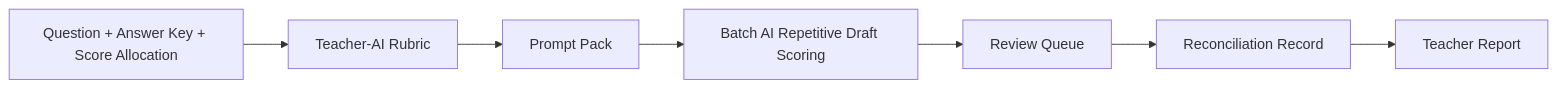
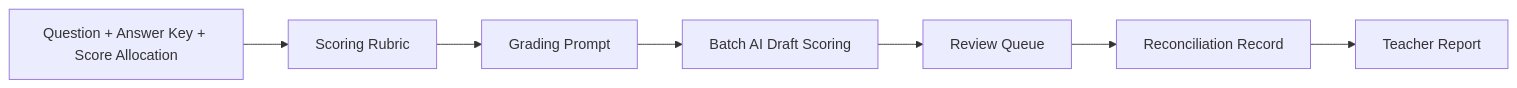
One commit to zonywei/Yuejuan-marking-workflow-skill changed the second of 2 diagrams in README.md. Above: the diagram before and after it, drawn with Mermaid. The commit also changed other lines of this file, not shown here.

````diff
--- a/README.md
+++ b/README.md
@@ -364,9 +208,9 @@
 ```mermaid
 flowchart LR
-    A[Question + Answer Key + Score Allocation] --> B[Teacher-AI Rubric]
-    B --> C[Prompt Pack]
-    C --> D[Batch AI Repetitive Draft Scoring]
+    A[Question + Answer Key + Score Allocation] --> B[Scoring Rubric]
+    B --> C[Grading Prompt]
+    C --> D[Batch AI Draft Scoring]
     D --> E[Review Queue]
     E --> F[Reconciliation Record]
     F --> G[Teacher Report]
 ```
````
